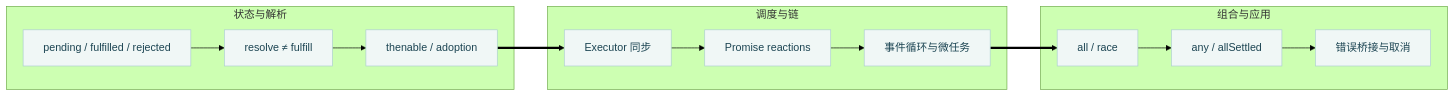
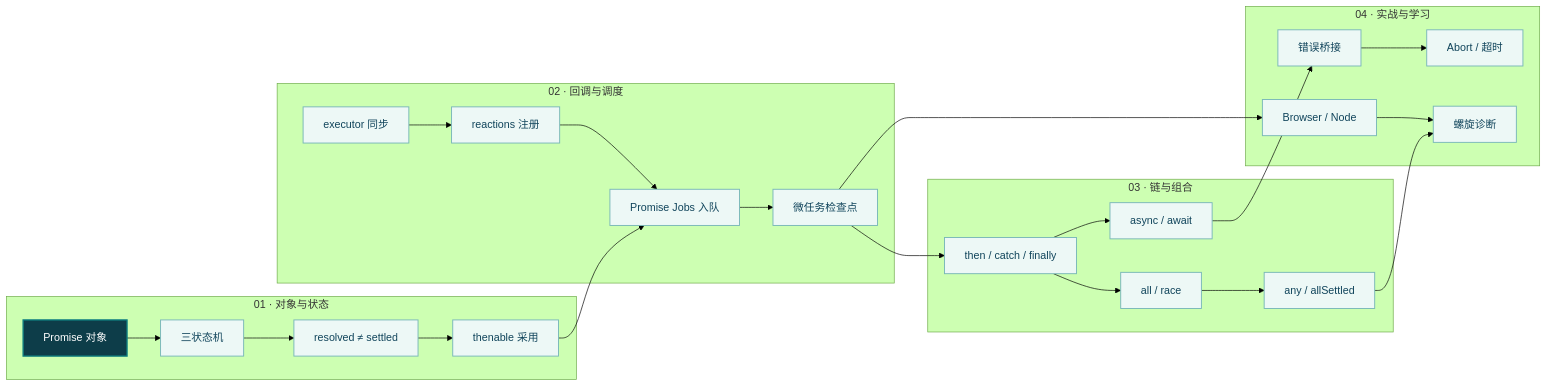
The diagram in assets/panoramas/promise.mmd (liucaidong/knowverse), drawn with Mermaid (forest theme) before and after one commit. The commit also changed 51 other files, not shown here.

Commit message:
feat(knowledge): complete Promise deep-dive handbook, Mermaid atlas, diagnostics and executable lab

```diff
--- a/assets/panoramas/promise.mmd
+++ b/assets/panoramas/promise.mmd
@@ -1,35 +1,45 @@
 flowchart LR
-classDef hub fill:#10374a,color:#ffffff,stroke:#4a8b9a,stroke-width:2px;
-classDef node fill:#f0f7f6,color:#1b4452,stroke:#accfd0,stroke-width:1px;
-  subgraph G0["状态与解析"]
-    N00["pending / fulfilled / rejected"]
-    N01["resolve ≠ fulfill"]
-    N02["thenable / adoption"]
+classDef stem fill:#0d3d49,color:#ffffff,stroke:#0f8081,stroke-width:2px;
+classDef core fill:#edf8f6,color:#10445b,stroke:#79b7b8,stroke-width:1.4px;
+  subgraph G0["01 · 对象与状态"]
+    P["Promise 对象"]
+    S["三状态机"]
+    L["resolved ≠ settled"]
+    A["thenable 采用"]
   end
-  N00 --> N01
-  N01 --> N02
-  subgraph G1["调度与链"]
-    N10["Executor 同步"]
-    N11["Promise reactions"]
-    N12["事件循环与微任务"]
+  subgraph G1["02 · 回调与调度"]
+    X["executor 同步"]
+    R["reactions 注册"]
+    J["Promise Jobs 入队"]
+    Q["微任务检查点"]
   end
-  N10 --> N11
-  N11 --> N12
-  subgraph G2["组合与应用"]
-    N20["all / race"]
-    N21["any / allSettled"]
-    N22["错误桥接与取消"]
+  subgraph G2["03 · 链与组合"]
+    T["then / catch / finally"]
+    W["async / await"]
+    C["all / race"]
+    N["any / allSettled"]
   end
-  N20 --> N21
-  N21 --> N22
-  N02 ==> N10
-  N12 ==> N20
-  class N00 node
-  class N01 node
-  class N02 node
-  class N10 node
-  class N11 node
-  class N12 node
-  class N20 node
-  class N21 node
-  class N22 node
+  subgraph G3["04 · 实战与学习"]
+    E["错误桥接"]
+    K["Abort / 超时"]
+    H["Browser / Node"]
+    D["螺旋诊断"]
+  end
+  P --> S
+  S --> L
+  L --> A
+  A --> J
+  X --> R
+  R --> J
+  J --> Q
+  Q --> T
+  T --> W
+  T --> C
+  C --> N
+  N --> D
+  W --> E
+  E --> K
+  Q --> H
+  H --> D
+class P stem;
+class S,L,A,X,R,J,Q,T,W,C,N,E,K,H,D core;
```
